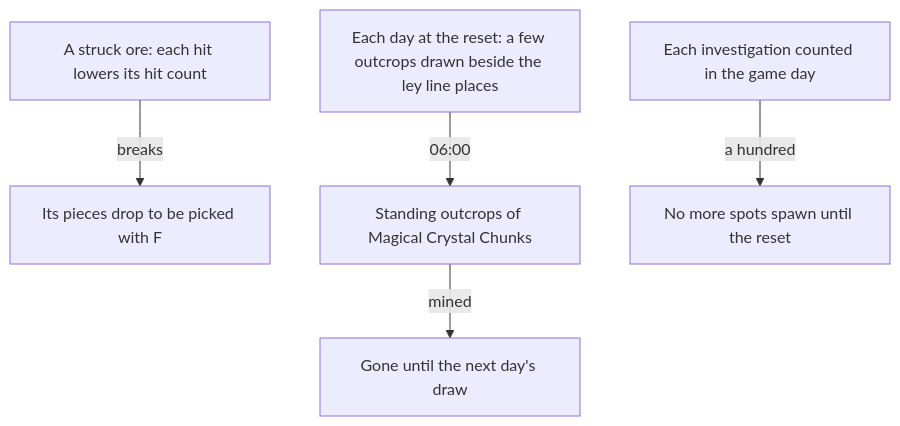
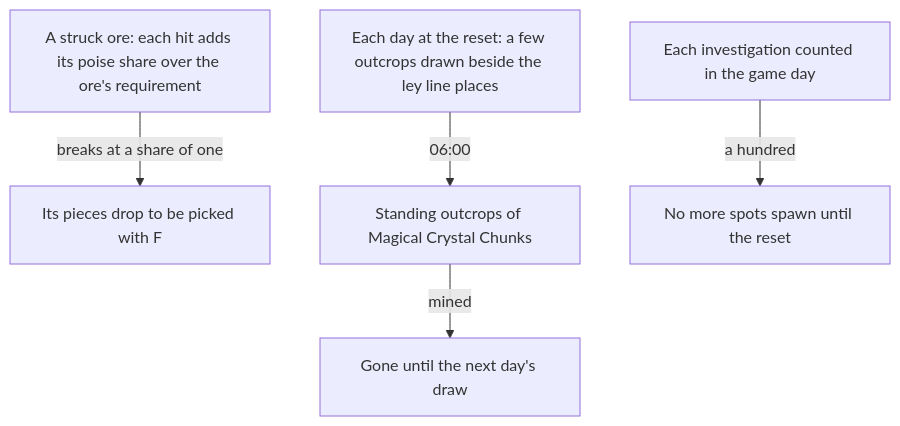
One commit to Esposter/Esposter changed the diagram in apps/web/content/docs/proposals/genshin/gathering.md. Above: the diagram before and after it, drawn with Mermaid. The commit also changed other lines of this file and 3 other files, not shown here.

First line of the commit message:
fix(genshin-world): an Electro Crystal, shattered from a Tourmaline by Pyro with no poise requirement, is not written as an ore, and the gathering proposal reads its ores as built, struck by poise share

````diff
--- a/apps/web/content/docs/proposals/genshin/gathering.md
+++ b/apps/web/content/docs/proposals/genshin/gathering.md
@@ -24,7 +24,7 @@
 ```mermaid
 flowchart TD
-  S["A struck ore: each hit lowers its hit count"] -->|"breaks"| P["Its pieces drop to be picked with F"]
+  S["A struck ore: each hit adds its poise share over the ore's requirement"] -->|"breaks at a share of one"| P["Its pieces drop to be picked with F"]
   D["Each day at the reset: a few outcrops drawn beside the ley line places"] -->|"06:00"| O["Standing outcrops of Magical Crystal Chunks"]
   O -->|"mined"| G["Gone until the next day's draw"]
   I["Each investigation counted in the game day"] -->|"a hundred"| N["No more spots spawn until the reset"]
 ```
````
